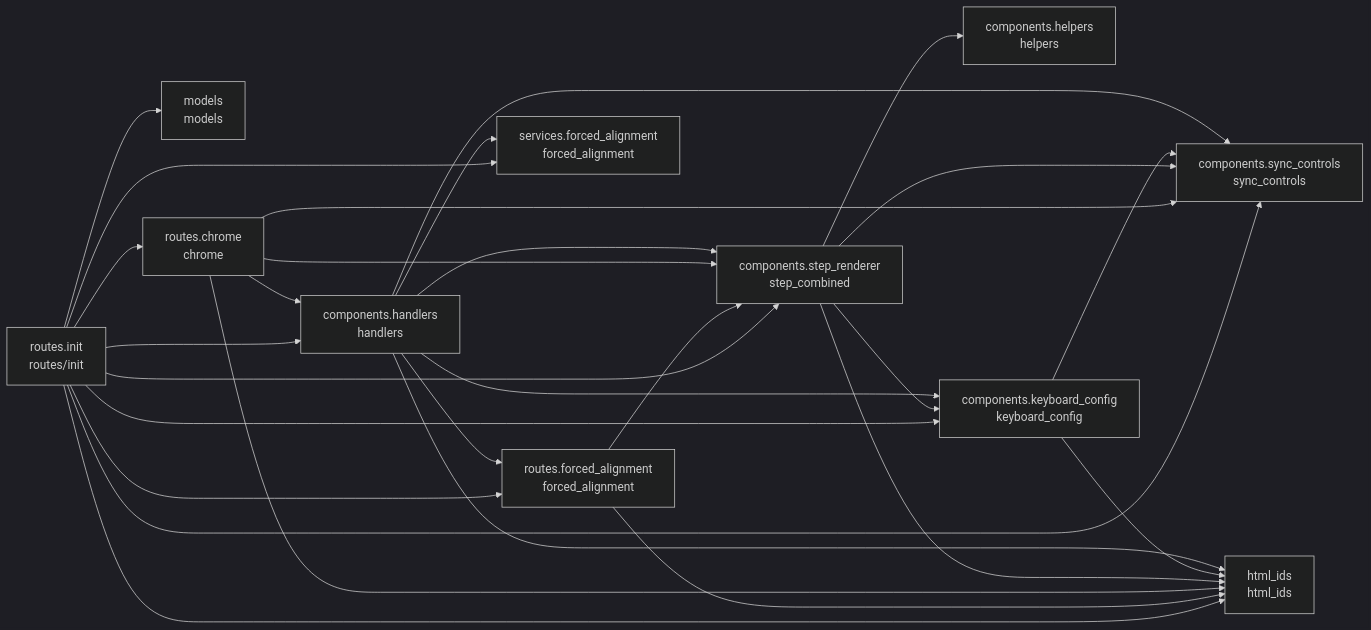
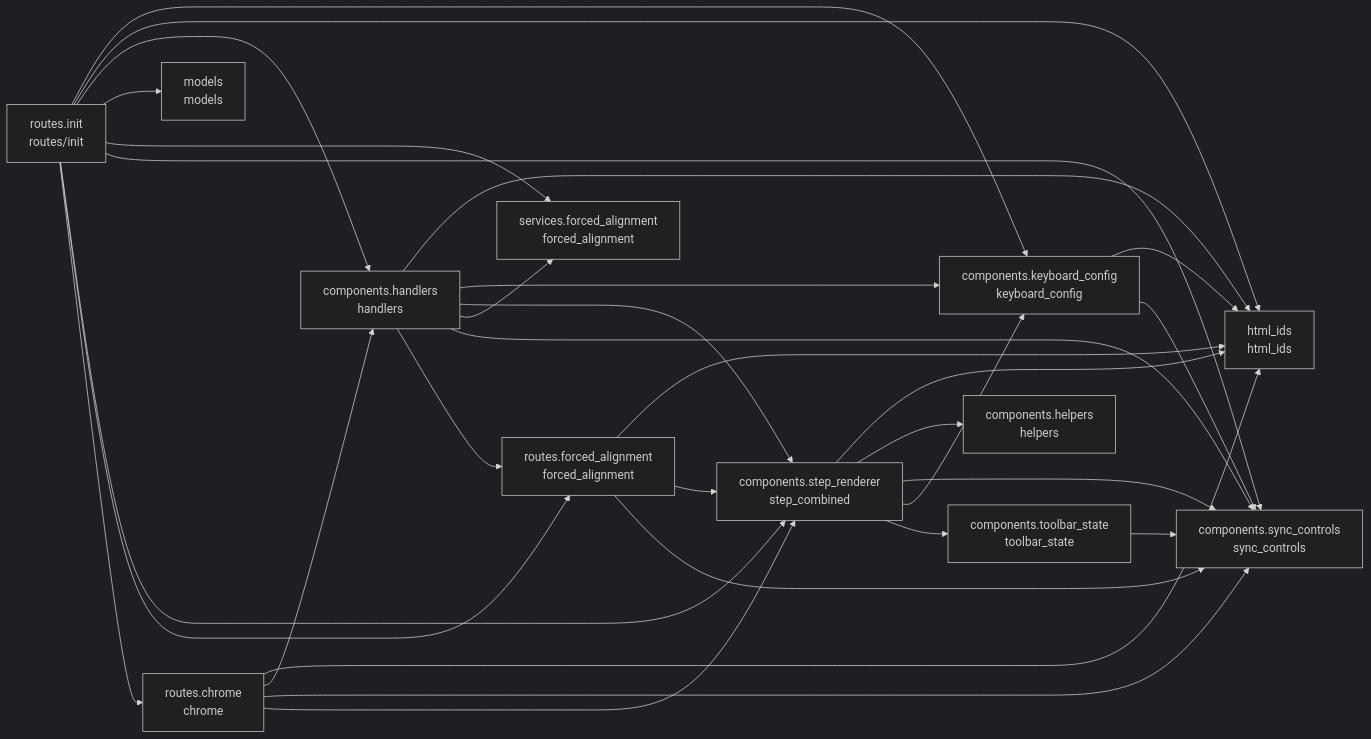
One commit to cj-mills/cjm-transcript-segment-align changed the diagram in README.md. Above: the diagram before and after it, drawn with Mermaid (dark theme). The commit also changed other lines of this file and 12 other files, not shown here.

Commit message:
Add centralized toolbar state restore settle handler and fix sync button persistence across all toolbar re-renders including FA toggle.

````diff
--- a/README.md
+++ b/README.md
@@ -34,42 +35,46 @@
 ``` mermaid
 graph LR
     components_handlers[components.handlers<br/>handlers]
     components_helpers[components.helpers<br/>helpers]
     components_keyboard_config[components.keyboard_config<br/>keyboard_config]
     components_step_renderer[components.step_renderer<br/>step_combined]
     components_sync_controls[components.sync_controls<br/>sync_controls]
+    components_toolbar_state[components.toolbar_state<br/>toolbar_state]
     html_ids[html_ids<br/>html_ids]
     models[models<br/>models]
     routes_chrome[routes.chrome<br/>chrome]
     routes_forced_alignment[routes.forced_alignment<br/>forced_alignment]
     routes_init[routes.init<br/>routes/init]
     services_forced_alignment[services.forced_alignment<br/>forced_alignment]
 
+    components_handlers --> html_ids
+    components_handlers --> components_keyboard_config
     components_handlers --> components_step_renderer
-    components_handlers --> html_ids
     components_handlers --> services_forced_alignment
     components_handlers --> components_sync_controls
-    components_handlers --> components_keyboard_config
     components_handlers --> routes_forced_alignment
     components_keyboard_config --> html_ids
     components_keyboard_config --> components_sync_controls
+    components_step_renderer --> html_ids
     components_step_renderer --> components_helpers
     components_step_renderer --> components_sync_controls
     components_step_renderer --> components_keyboard_config
-    components_step_renderer --> html_ids
+    components_step_renderer --> components_toolbar_state
+    components_toolbar_state --> components_sync_controls
+    routes_chrome --> html_ids
     routes_chrome --> components_handlers
-    routes_chrome --> html_ids
+    routes_chrome --> components_sync_controls
     routes_chrome --> components_step_renderer
-    routes_chrome --> components_sync_controls
+    routes_forced_alignment --> html_ids
     routes_forced_alignment --> components_step_renderer
-    routes_forced_alignment --> html_ids
+    routes_forced_alignment --> components_sync_controls
+    routes_init --> components_keyboard_config
+    routes_init --> html_ids
     routes_init --> components_handlers
-    routes_init --> html_ids
     routes_init --> models
-    routes_init --> routes_chrome
-    routes_init --> routes_forced_alignment
     routes_init --> services_forced_alignment
-    routes_init --> components_keyboard_config
     routes_init --> components_sync_controls
     routes_init --> components_step_renderer
+    routes_init --> routes_forced_alignment
+    routes_init --> routes_chrome
 ```
````
